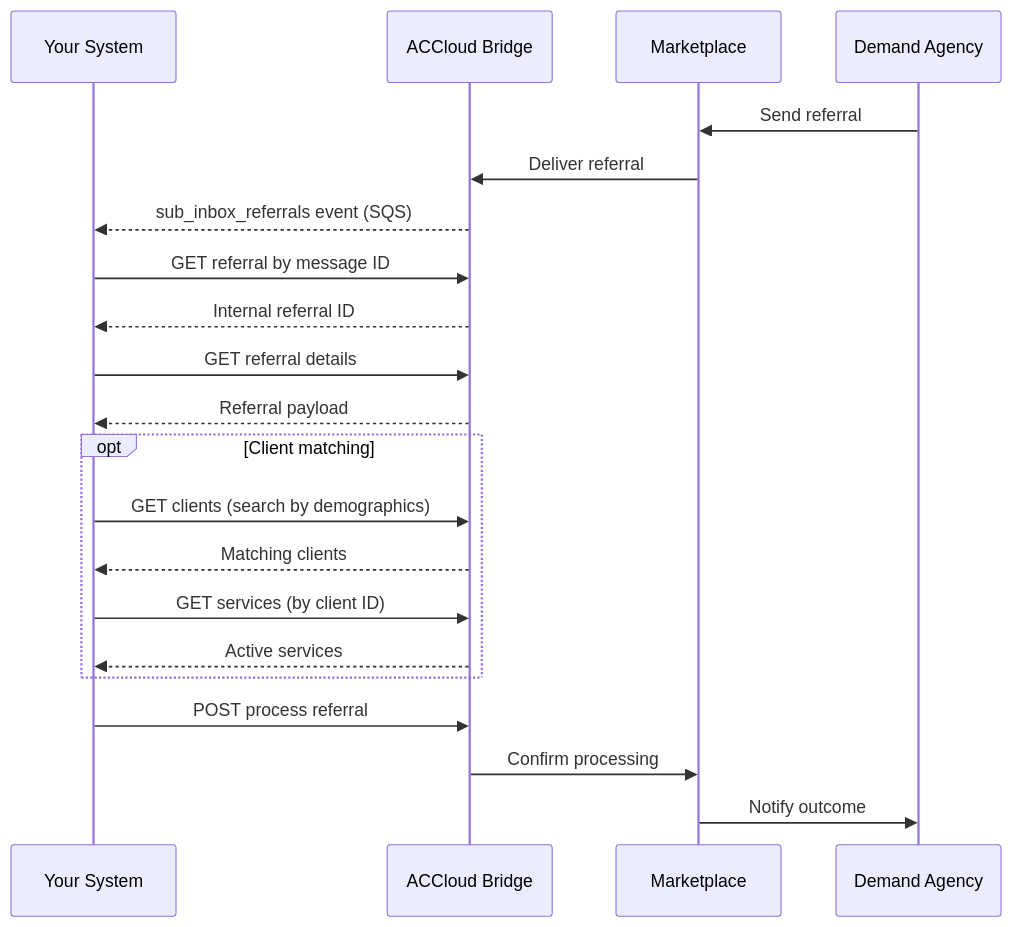
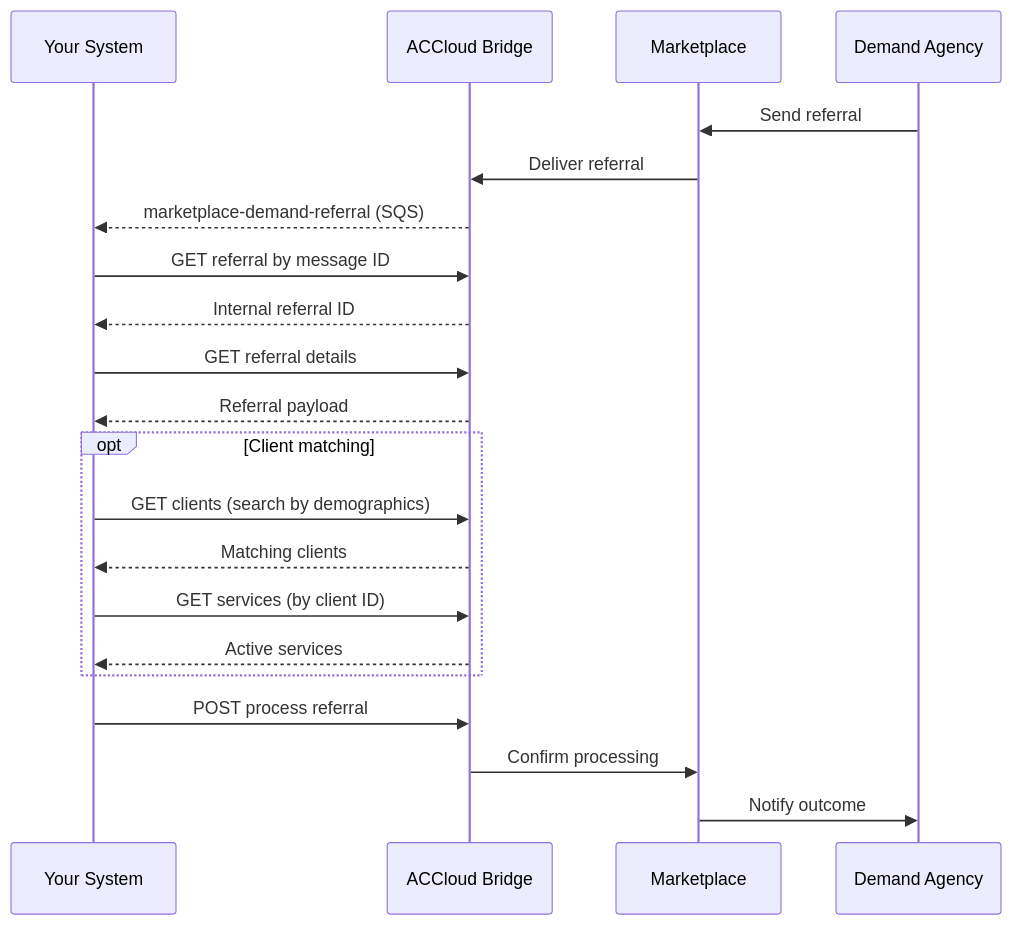
Before and after one commit to AlayaCare/alayamarket-third-party-integration: the second of 2 diagrams in docs/workflows/referrals.md, drawn with Mermaid. The commit also changed other lines of this file and 4 other files, not shown here.

First line of the commit message:
docs: align SQS subscriptions with ACC marketplace event types

````diff
--- a/docs/workflows/referrals.md
+++ b/docs/workflows/referrals.md
@@ -205,26 +206,26 @@
 ```mermaid
 sequenceDiagram
     participant 3P as Your System
     participant AC as ACCloud Bridge
     participant MP as Marketplace
     participant DA as Demand Agency
 
     DA->>MP: Send referral
     MP->>AC: Deliver referral
-    AC-->>3P: sub_inbox_referrals event (SQS)
+    AC-->>3P: marketplace-demand-referral (SQS)
     3P->>AC: GET referral by message ID
     AC-->>3P: Internal referral ID
     3P->>AC: GET referral details
     AC-->>3P: Referral payload
 
     opt Client matching
         3P->>AC: GET clients (search by demographics)
         AC-->>3P: Matching clients
         3P->>AC: GET services (by client ID)
         AC-->>3P: Active services
     end
 
     3P->>AC: POST process referral
     AC->>MP: Confirm processing
     MP->>DA: Notify outcome
 ```
````
